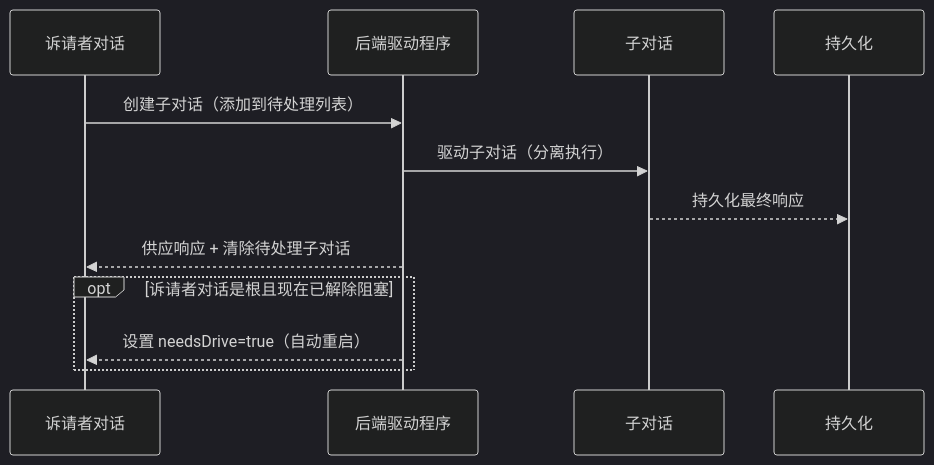
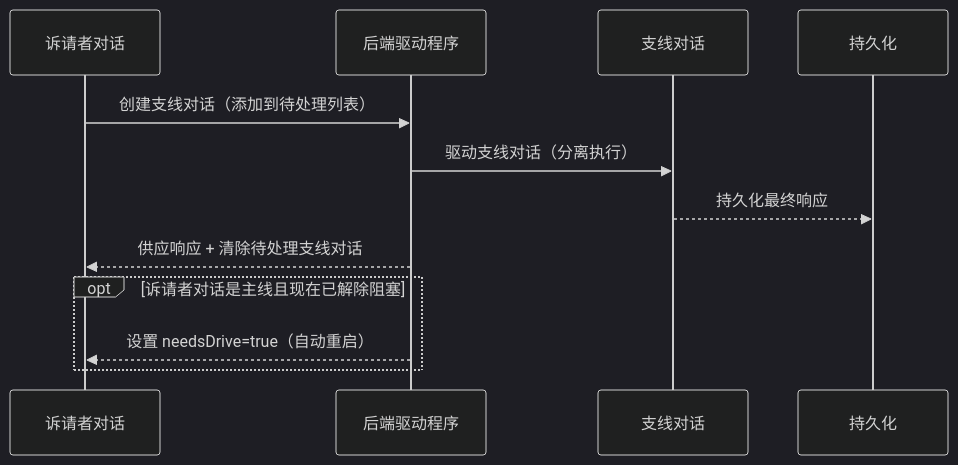
One commit to longrun-ai/dominds changed the seventh of 19 diagrams in docs/dialog-system.zh.md. Above: the diagram before and after it, drawn with Mermaid (dark theme). The commit also changed other lines of this file and 195 other files, not shown here.

````diff
--- a/docs/dialog-system.zh.md
+++ b/docs/dialog-system.zh.md
@@ -705,15 +705,15 @@
 ```mermaid
 sequenceDiagram
-  participant Sup as 诉请者对话
+  participant Asker as 诉请者对话
   participant Driver as 后端驱动程序
-  participant Sub as 子对话
+  participant Side as 支线对话
   participant Store as 持久化
 
-  Sup->>Driver: 创建子对话（添加到待处理列表）
-  Driver->>Sub: 驱动子对话（分离执行）
-  Sub-->>Store: 持久化最终响应
-  Driver-->>Sup: 供应响应 + 清除待处理子对话
-  opt 诉请者对话是根且现在已解除阻塞
-    Driver-->>Sup: 设置 needsDrive=true（自动重启）
+  Asker->>Driver: 创建支线对话（添加到待处理列表）
+  Driver->>Side: 驱动支线对话（分离执行）
+  Side-->>Store: 持久化最终响应
+  Driver-->>Asker: 供应响应 + 清除待处理支线对话
+  opt 诉请者对话是主线且现在已解除阻塞
+    Driver-->>Asker: 设置 needsDrive=true（自动重启）
   end
 ```
````
